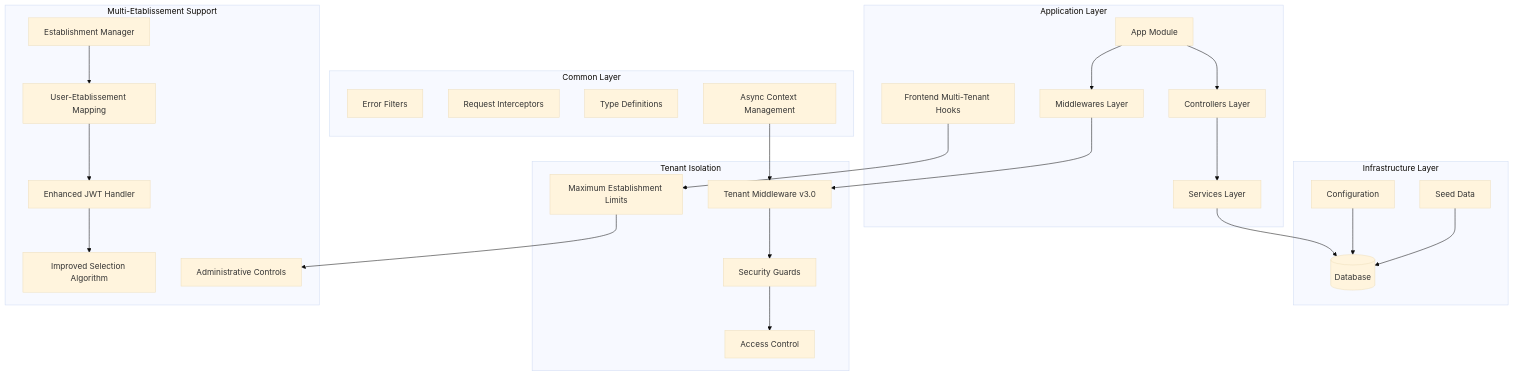
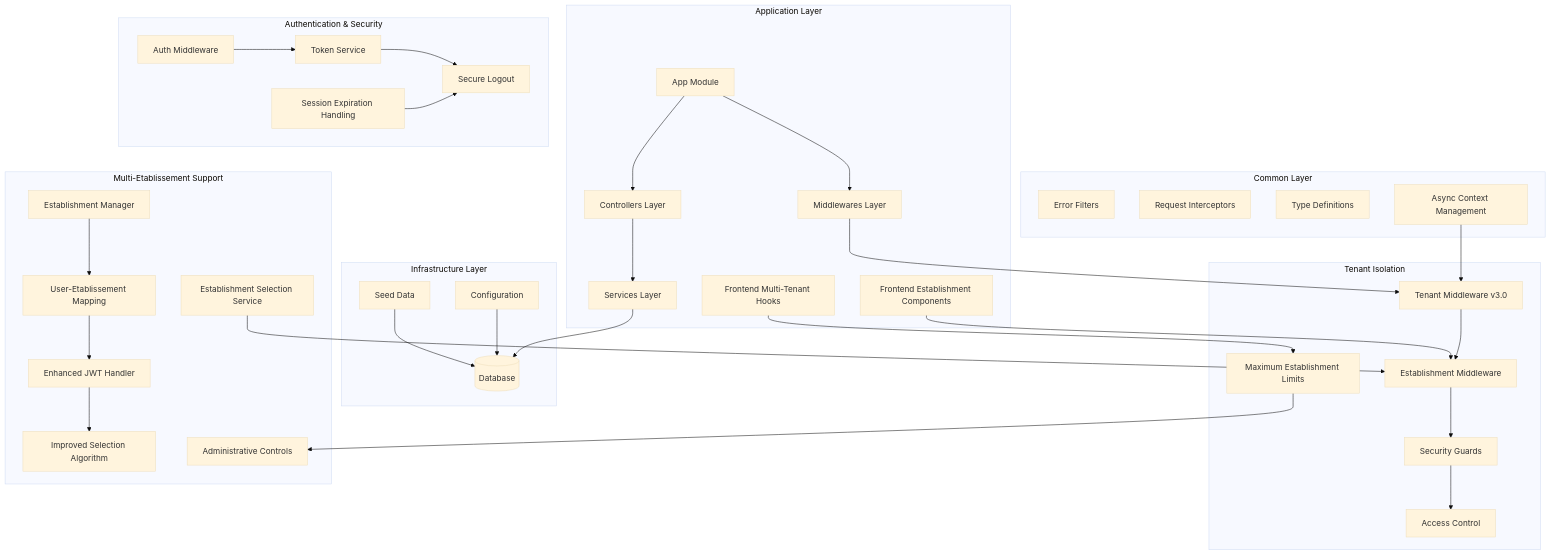
Before and after one commit to franckylab/eLISAschool: the first of 11 diagrams in .qoder/repowiki/en/content/Architecture Overview/Multi-Tenant Architecture.md, drawn with Mermaid (base theme). The commit also changed other lines of this file and 53 other files, not shown here.

````diff
--- a/.qoder/repowiki/en/content/Architecture Overview/Multi-Tenant Architecture.md
+++ b/.qoder/repowiki/en/content/Architecture Overview/Multi-Tenant Architecture.md
@@ -63,49 +78,64 @@
 ```mermaid
 graph TB
 subgraph "Application Layer"
 App[App Module]
 Controllers[Controllers Layer]
 Services[Services Layer]
 Middlewares[Middlewares Layer]
 FrontendHooks[Frontend Multi-Tenant Hooks]
+FrontendComponents[Frontend Establishment Components]
 end
 subgraph "Infrastructure Layer"
 Config[Configuration]
 Database[(Database)]
 Seed[Seed Data]
 end
 subgraph "Common Layer"
 Filters[Error Filters]
 Interceptors[Request Interceptors]
 Types[Type Definitions]
 Context[Async Context Management]
 end
 subgraph "Tenant Isolation"
 TenantMiddleware[Tenant Middleware v3.0]
+EstablishmentMiddleware[Establishment Middleware]
 SecurityGuard[Security Guards]
 AccessControl[Access Control]
 EstablishmentLimits[Maximum Establishment Limits]
 end
 subgraph "Multi-Etablissement Support"
 EstablishmentManager[Establishment Manager]
 UserEstablishment[User-Etablissement Mapping]
 JWTHandler[Enhanced JWT Handler]
 SelectionAlgorithm[Improved Selection Algorithm]
 AdminControls[Administrative Controls]
+SelectionService[Establishment Selection Service]
+end
+subgraph "Authentication & Security"
+AuthMiddleware[Auth Middleware]
+TokenService[Token Service]
+SecureLogout[Secure Logout]
+SessionExpiration[Session Expiration Handling]
 end
 App --> Controllers
 Controllers --> Services
 Services --> Database
 App --> Middlewares
 Middlewares --> TenantMiddleware
-TenantMiddleware --> SecurityGuard
+TenantMiddleware --> EstablishmentMiddleware
+EstablishmentMiddleware --> SecurityGuard
 SecurityGuard --> AccessControl
 Config --> Database
 Seed --> Database
 EstablishmentManager --> UserEstablishment
 UserEstablishment --> JWTHandler
 JWTHandler --> SelectionAlgorithm
 FrontendHooks --> EstablishmentLimits
+FrontendComponents --> EstablishmentMiddleware
 EstablishmentLimits --> AdminControls
+SelectionService --> EstablishmentMiddleware
 Context --> TenantMiddleware
+AuthMiddleware --> TokenService
+TokenService --> SecureLogout
+SessionExpiration --> SecureLogout
 ```
````
